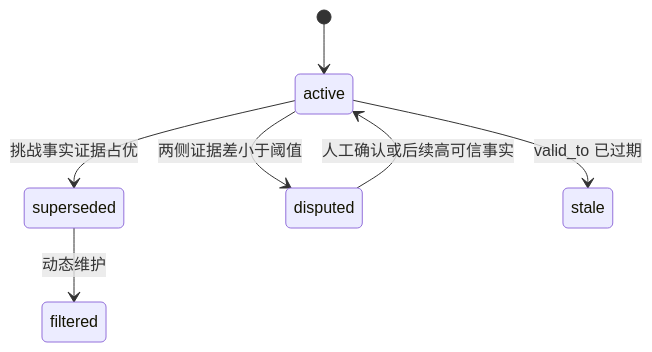
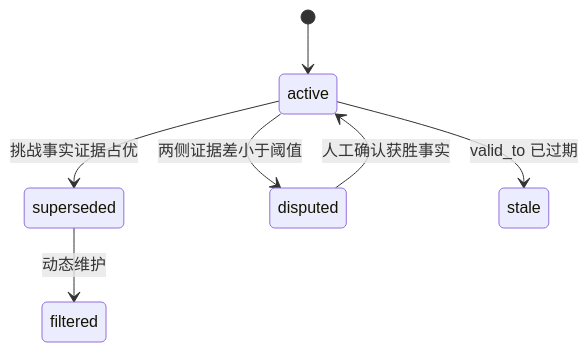
One commit to LingeringDream/LingShu changed the second of 2 diagrams in docs/competition/architecture.md. Above: the diagram before and after it, drawn with Mermaid. The commit also changed other lines of this file and 22 other files, not shown here.

````diff
--- a/docs/competition/architecture.md
+++ b/docs/competition/architecture.md
@@ -48,9 +48,9 @@
 ```mermaid
 stateDiagram-v2
     [*] --> active
     active --> superseded: 挑战事实证据占优
     active --> disputed: 两侧证据差小于阈值
-    disputed --> active: 人工确认或后续高可信事实
+    disputed --> active: 人工确认获胜事实
     superseded --> filtered: 动态维护
     active --> stale: valid_to 已过期
 ```
````
